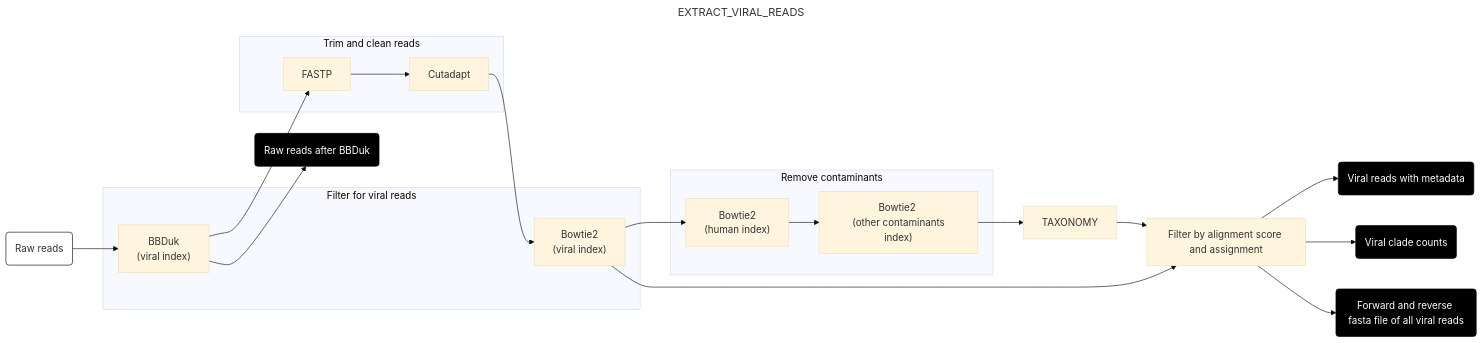
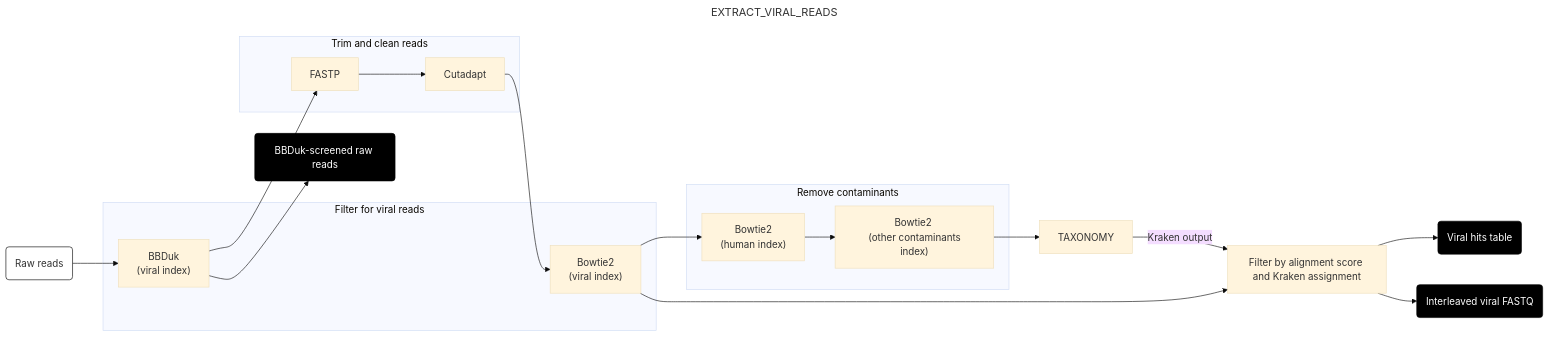
Before and after one commit to naobservatory/mgs-workflow: the fifth of 8 diagrams in docs/run.md, drawn with Mermaid (base theme). The commit also changed other lines of this file, not shown here.

````diff
--- a/docs/run.md
+++ b/docs/run.md
@@ -161,39 +159,37 @@
 ```mermaid
 ---
 title: EXTRACT_VIRAL_READS
 config:
   layout: horizontal
 ---
 flowchart LR
 A(Raw reads) --> B["BBDuk <br> (viral index)"]
-B --> M(Raw reads after BBDuk)
+B --> M(BBDuk-screened raw reads)
 B --> C[FASTP]
 C --> D[Cutadapt]
 D --> E["Bowtie2 <br> (viral index)"]
 E --> F["Bowtie2 <br> (human index)"]
 F --> G["Bowtie2 <br> (other contaminants index)"]
 G --> H[TAXONOMY]
-H --> I[Filter by alignment score and assignment]
+H --> |Kraken output| I[Filter by alignment score and Kraken assignment]
 E --> I
-I --> J(Viral reads with metadata)
-I --> K(Viral clade counts)
-I --> N("Forward and reverse fasta file of all viral reads")
+I --> J(Viral hits table)
+I --> K(Interleaved viral FASTQ)
 
 subgraph "Filter for viral reads"
 B
 E
 end
 subgraph "Trim and clean reads"
 C
 D
 end
 subgraph "Remove contaminants"
 F
 G
 end
 style A fill:#fff,stroke:#000
 style J fill:#000,color:#fff,stroke:#000
 style K fill:#000,color:#fff,stroke:#000
-style N fill:#000,color:#fff,stroke:#000
 style M fill:#000,color:#fff,stroke:#000
 ```
````
